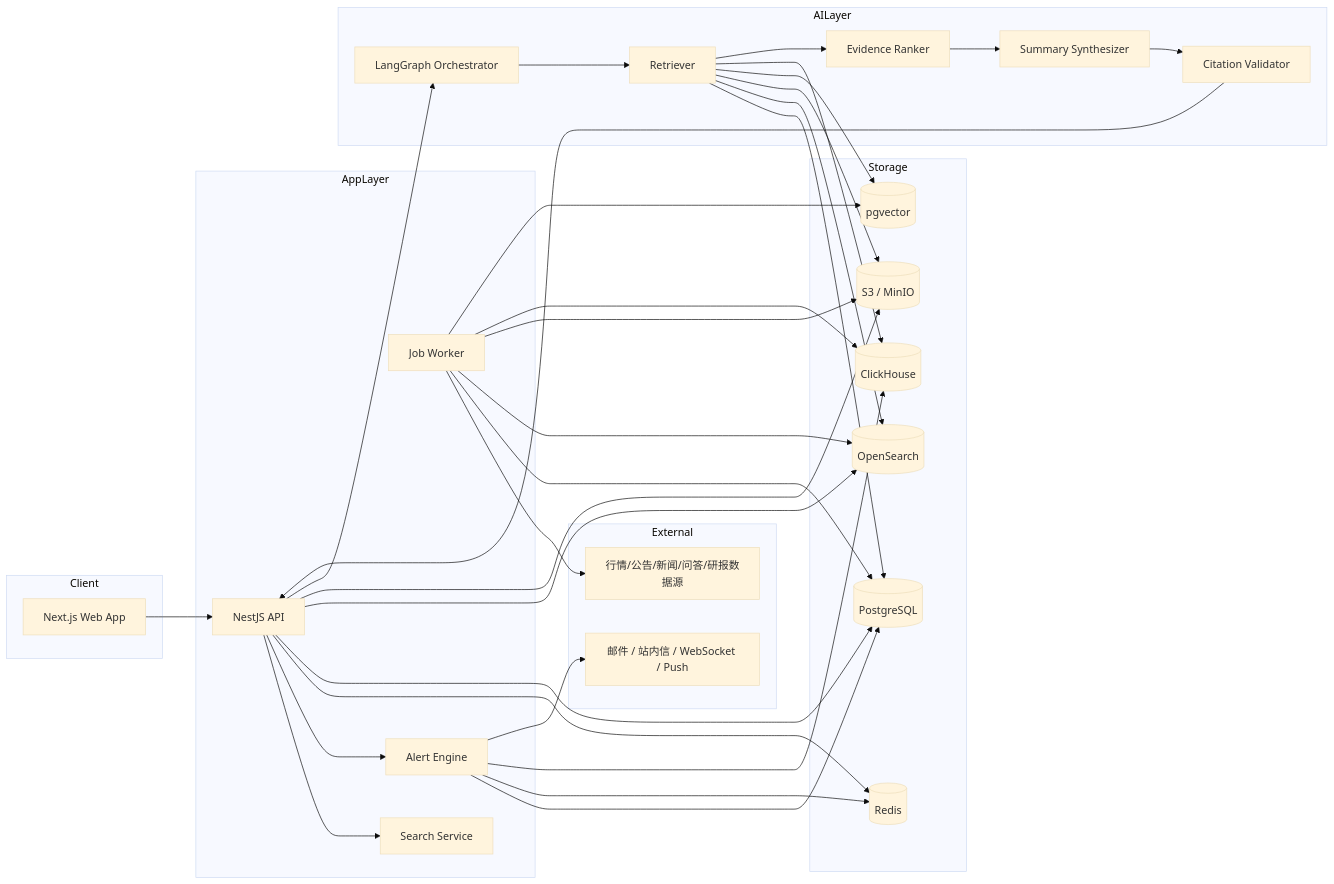
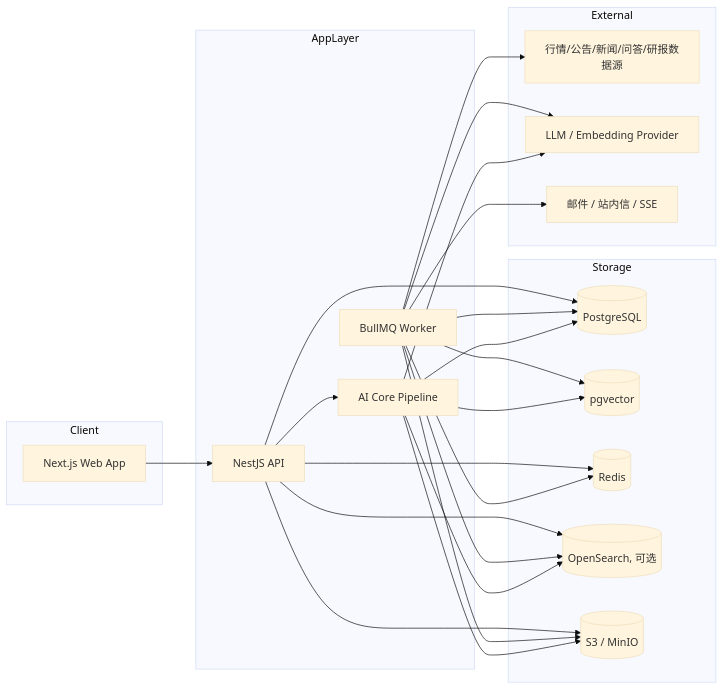
One commit to 583175694/alpha-sight changed the second of 15 diagrams in docs/technical-architecture.md. Above: the diagram before and after it, drawn with Mermaid (base theme). The commit also changed other lines of this file and 1 other file, not shown here.

First line of the commit message:
feat: update technical architecture documentation for v0.3

````diff
--- a/docs/technical-architecture.md
+++ b/docs/technical-architecture.md
@@ -132,67 +171,48 @@
 ```mermaid
 flowchart LR
     subgraph Client
       WEB[Next.js Web App]
     end
 
     subgraph AppLayer
       API[NestJS API]
-      WORKER[Job Worker]
-      ALERT[Alert Engine]
-      SEARCH[Search Service]
-    end
-
-    subgraph AILayer
-      ORCH[LangGraph Orchestrator]
-      RETRIEVE[Retriever]
-      RANK[Evidence Ranker]
-      SYNTH[Summary Synthesizer]
-      CITE[Citation Validator]
+      WORKER[BullMQ Worker]
+      AICORE[AI Core Pipeline]
     end
 
     subgraph Storage
       PG[(PostgreSQL)]
       VEC[(pgvector)]
       REDIS[(Redis)]
-      OS[(OpenSearch)]
+      OS[(OpenSearch, 可选)]
       OBJ[(S3 / MinIO)]
-      CH[(ClickHouse)]
     end
 
     subgraph External
       SRC[行情/公告/新闻/问答/研报数据源]
-      PUSH[邮件 / 站内信 / WebSocket / Push]
+      LLM[LLM / Embedding Provider]
+      PUSH[邮件 / 站内信 / SSE]
     end
 
     WEB --> API
-    API --> SEARCH
-    API --> ALERT
     API --> REDIS
     API --> PG
+    API --> OBJ
+    API --> AICORE
     API --> OS
-    API --> OBJ
-    API --> ORCH
 
+    WORKER --> REDIS
     WORKER --> SRC
+    WORKER --> LLM
     WORKER --> PG
     WORKER --> OS
     WORKER --> OBJ
-    WORKER --> CH
     WORKER --> VEC
+    WORKER --> PUSH
 
-    ALERT --> PG
-    ALERT --> REDIS
-    ALERT --> CH
-    ALERT --> PUSH
-
-    ORCH --> RETRIEVE
-    RETRIEVE --> PG
-    RETRIEVE --> OS
-    RETRIEVE --> OBJ
-    RETRIEVE --> VEC
-    RETRIEVE --> CH
-    RETRIEVE --> RANK
-    RANK --> SYNTH
-    SYNTH --> CITE
-    CITE --> API
+    AICORE --> PG
+    AICORE --> OS
+    AICORE --> VEC
+    AICORE --> OBJ
+    AICORE --> LLM
 ```
````
